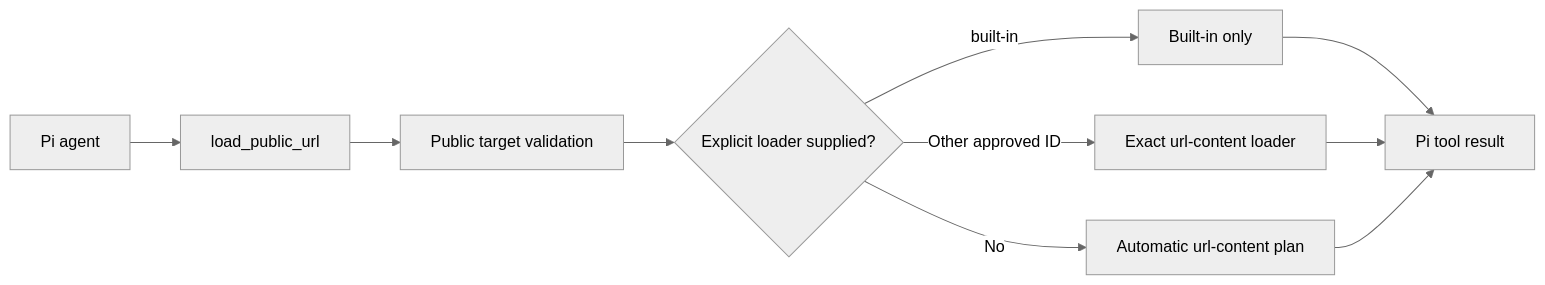
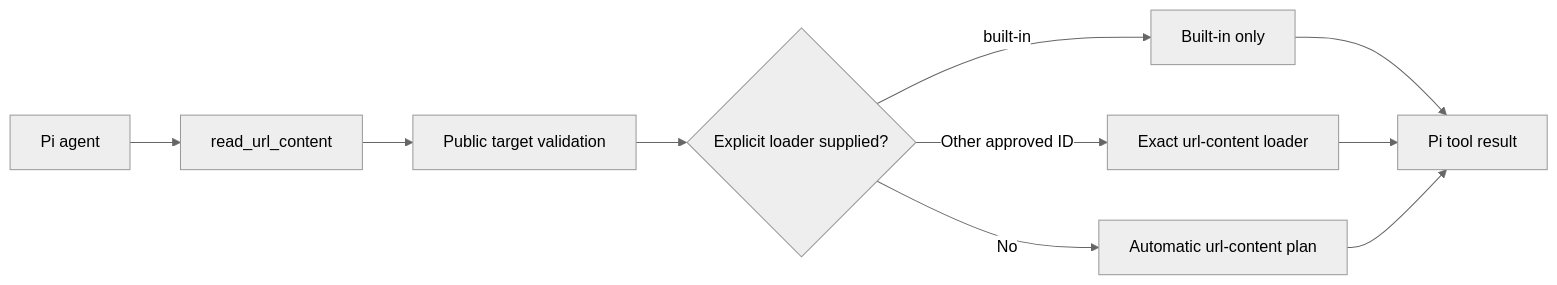
One commit to narumiruna/sumire changed the diagram in packages/url-tool/README.md. Above: the diagram before and after it, drawn with Mermaid (neutral theme). The commit also changed other lines of this file and 18 other files, not shown here.

Commit message:
refactor(url-tool)!: rename tool to read_url_content

````diff
--- a/packages/url-tool/README.md
+++ b/packages/url-tool/README.md
@@ -47,12 +51,12 @@
 ```mermaid
 flowchart LR
-    Agent[Pi agent] --> Tool[load_public_url]
+    Agent[Pi agent] --> Tool[read_url_content]
     Tool --> Check[Public target validation]
     Check --> Select{Explicit loader supplied?}
     Select -->|No| Auto[Automatic url-content plan]
     Select -->|built-in| BuiltIn[Built-in only]
     Select -->|Other approved ID| Explicit[Exact url-content loader]
     BuiltIn --> Result[Pi tool result]
     Explicit --> Result
     Auto --> Result
 ```
````
